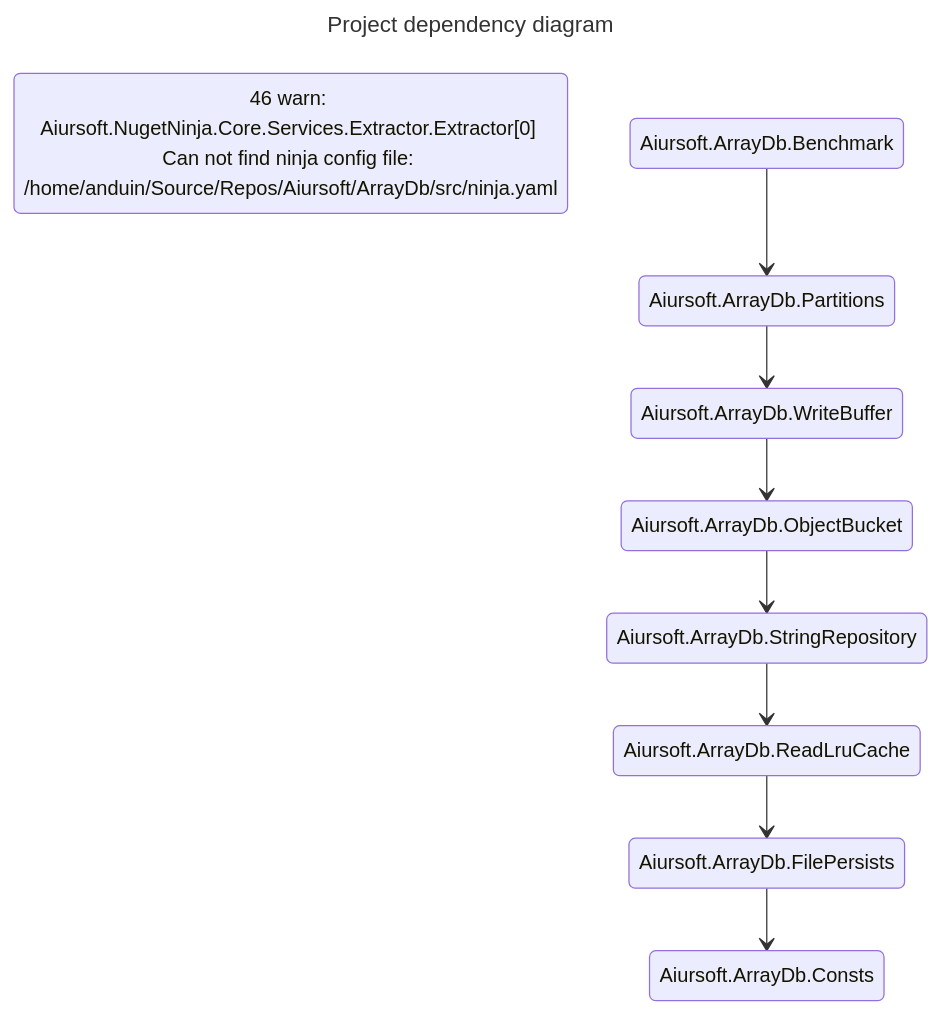
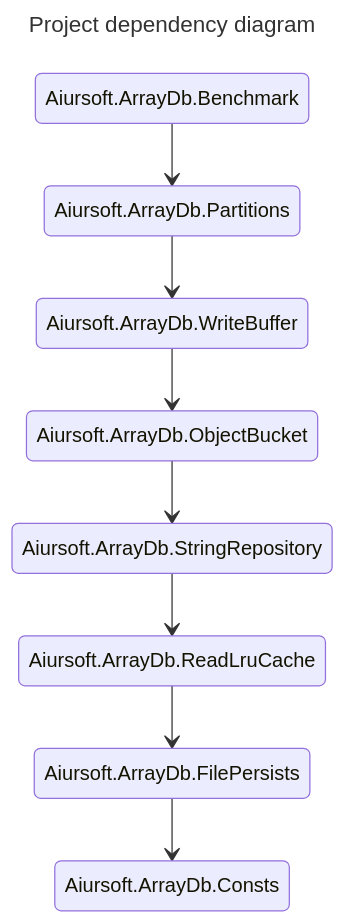
One commit to AiursoftWeb/ArrayDb changed the diagram in README.md. Above: the diagram before and after it, drawn with Mermaid.

Commit message:
Remove warning message about missing ninja config file from README

````diff
--- a/README.md
+++ b/README.md
@@ -54,15 +54,14 @@
 ```mermaid
 ---
 title: Project dependency diagram
 ---
 
 stateDiagram-v2
-21:46 warn: Aiursoft.NugetNinja.Core.Services.Extractor.Extractor[0] Can not find ninja config file: /home/anduin/Source/Repos/Aiursoft/ArrayDb/src/ninja.yaml
     Aiursoft.ArrayDb.FilePersists --> Aiursoft.ArrayDb.Consts
     Aiursoft.ArrayDb.ReadLruCache --> Aiursoft.ArrayDb.FilePersists
     Aiursoft.ArrayDb.StringRepository --> Aiursoft.ArrayDb.ReadLruCache
     Aiursoft.ArrayDb.ObjectBucket --> Aiursoft.ArrayDb.StringRepository
     Aiursoft.ArrayDb.WriteBuffer --> Aiursoft.ArrayDb.ObjectBucket
     Aiursoft.ArrayDb.Partitions --> Aiursoft.ArrayDb.WriteBuffer
     Aiursoft.ArrayDb.Benchmark --> Aiursoft.ArrayDb.Partitions
 ```
````
